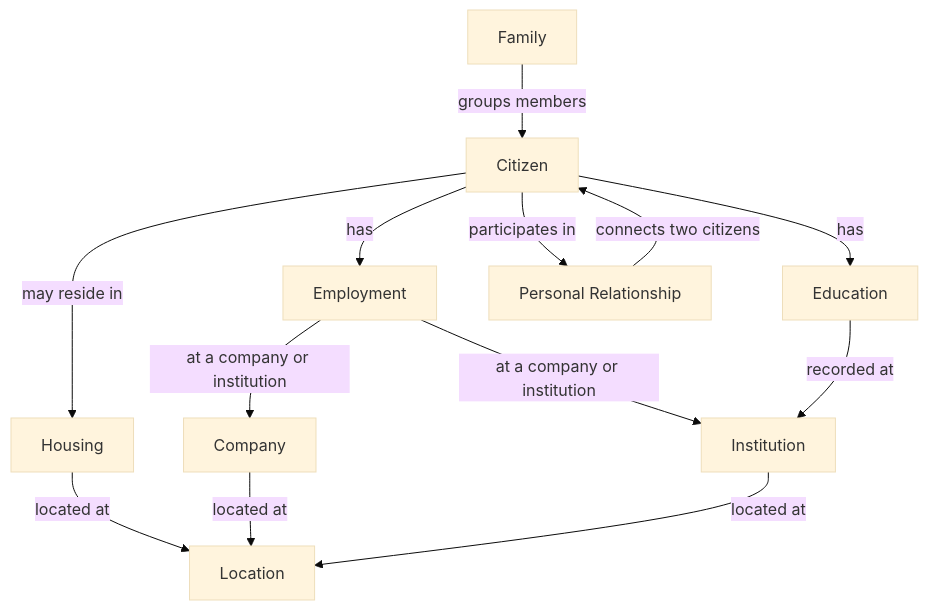
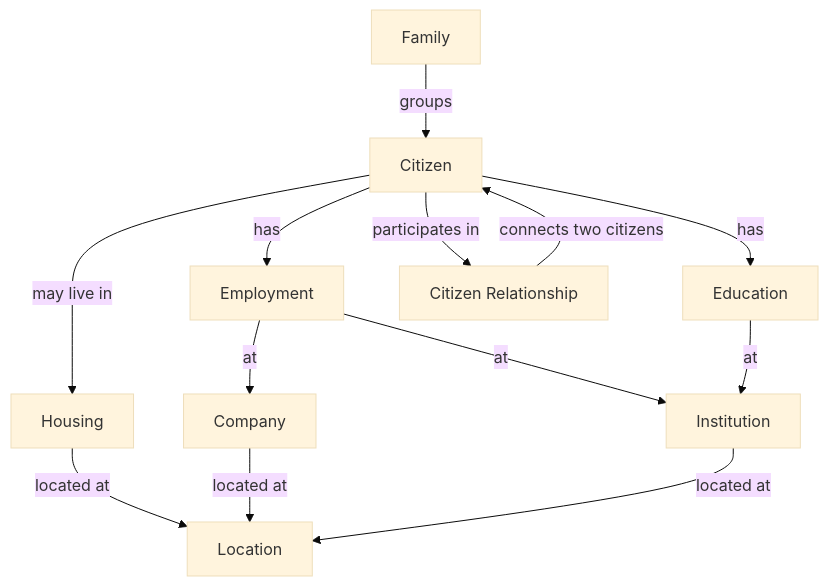
The first of 3 diagrams in README.md (Gervig/Smart-City), drawn with Mermaid (base theme) before and after one commit. The commit also changed other lines of this file, not shown here.

````diff
--- a/README.md
+++ b/README.md
@@ -240,29 +242,31 @@
 ```mermaid
 
 flowchart TD
+    Family["Family"]
     Citizen["Citizen"]
-    Family["Family"]
     Housing["Housing"]
     Location["Location"]
     Company["Company"]
     Institution["Institution"]
-    Employment["Employment"]
+    Job["Employment"]
     Education["Education"]
-    Relationship["Personal Relationship"]
+    Relationship["Citizen Relationship"]
 
-    Family -->|"groups members"| Citizen
-    Citizen -->|"may reside in"| Housing
+    Family -->|"groups"| Citizen
+    Citizen -->|"may live in"| Housing
     Housing -->|"located at"| Location
+
     Company -->|"located at"| Location
     Institution -->|"located at"| Location
 
-    Citizen -->|"has"| Employment
-    Employment -->|"at a company or institution"| Company
-    Employment -->|"at a company or institution"| Institution
+    Citizen -->|"has"| Job
+    Job -->|"at"| Company
+    Job -->|"at"| Institution
 
     Citizen -->|"has"| Education
-    Education -->|"recorded at"| Institution
+    Education -->|"at"| Institution
 
     Citizen -->|"participates in"| Relationship
     Relationship -->|"connects two citizens"| Citizen
+
 ```
````
